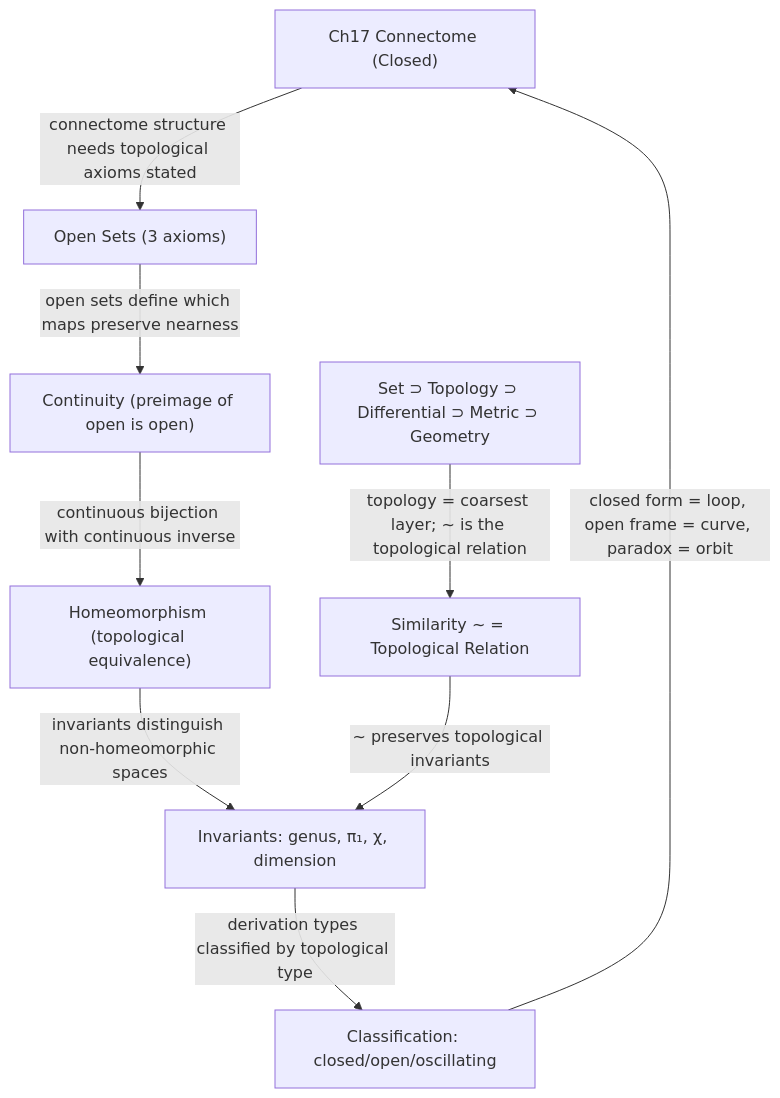
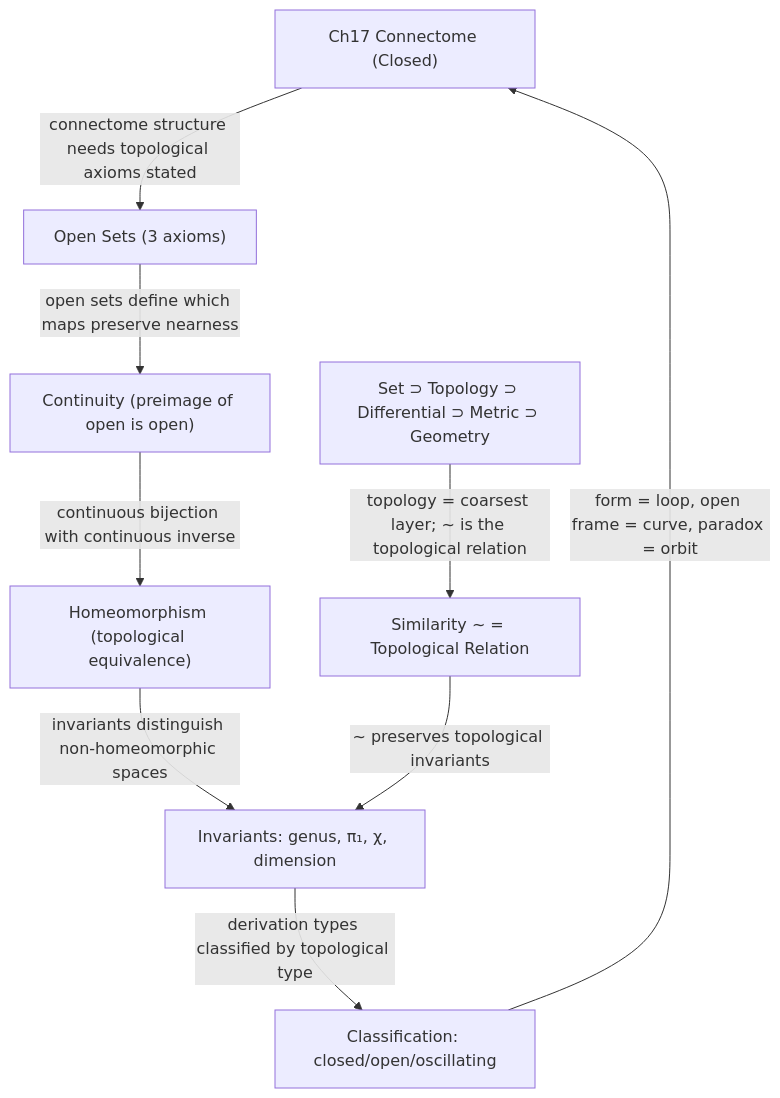
Before and after one commit to TimeLordRaps/hypergrammar: the diagram in docs/prerequisites/visualizations/18_topology/18_topology_frame.mmd, drawn with Mermaid. The commit also changed 38 other files, not shown here.

First line of the commit message:
formalize Time Tense: form/continuing/open/recurring; eliminate 'closed form' redundancy

```diff
--- a/docs/prerequisites/visualizations/18_topology/18_topology_frame.mmd
+++ b/docs/prerequisites/visualizations/18_topology/18_topology_frame.mmd
@@ -1,17 +1,17 @@
 flowchart TD
   L17["Ch17 Connectome (Closed)"]
   OPEN["Open Sets (3 axioms)"]
   CONT["Continuity (preimage of open is open)"]
   HOMEO["Homeomorphism (topological equivalence)"]
   INV["Invariants: genus, π₁, χ, dimension"]
   HIER["Set ⊃ Topology ⊃ Differential ⊃ Metric ⊃ Geometry"]
   SIM["Similarity ~ = Topological Relation"]
   CLASS["Classification: closed/open/oscillating"]
   L17 -- "connectome structure needs topological axioms stated" --> OPEN
   OPEN -- "open sets define which maps preserve nearness" --> CONT
   CONT -- "continuous bijection with continuous inverse" --> HOMEO
   HOMEO -- "invariants distinguish non-homeomorphic spaces" --> INV
   HIER -- "topology = coarsest layer; ~ is the topological relation" --> SIM
   SIM -- "~ preserves topological invariants" --> INV
   INV -- "derivation types classified by topological type" --> CLASS
-  CLASS -- "closed form = loop, open frame = curve, paradox = orbit" --> L17
+  CLASS -- "form = loop, open frame = curve, paradox = orbit" --> L17
```
